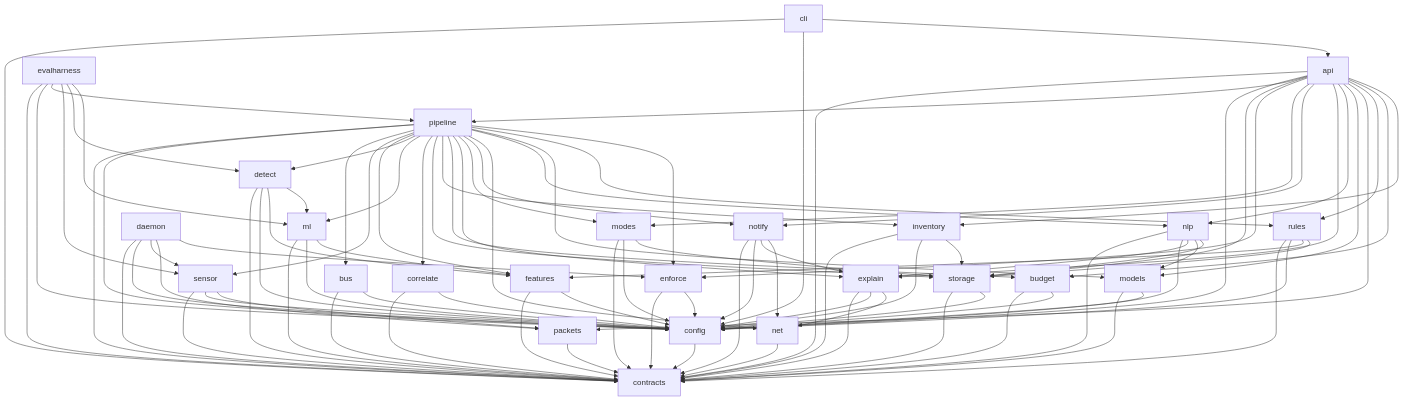
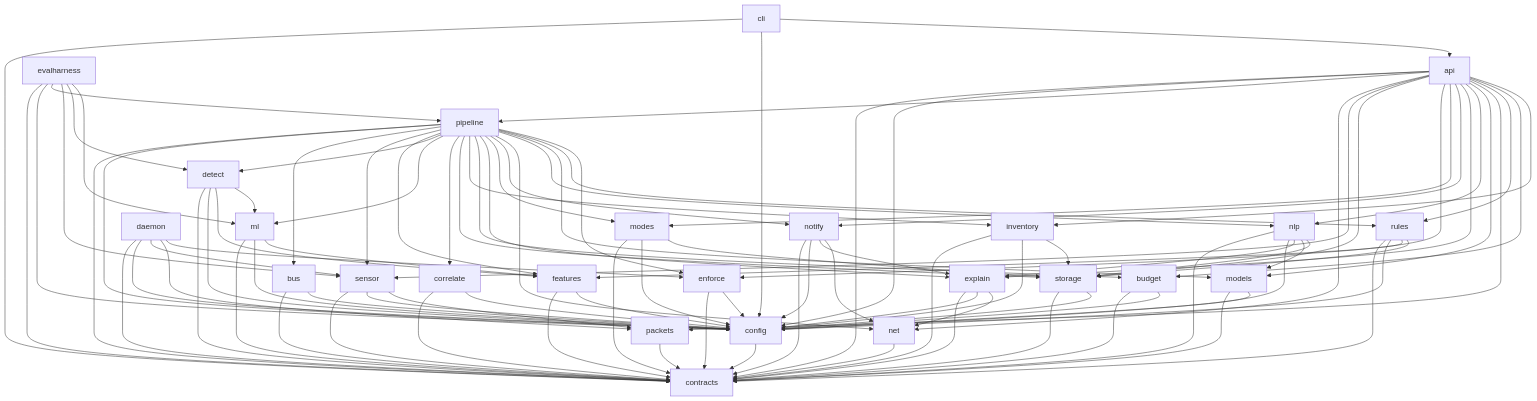
The diagram in docs/diagrams/05-module-dependencies.mmd (MRX-72/Hackt0b3r), drawn with Mermaid before and after one commit. The commit also changed 29 other files, not shown here.

```diff
--- a/docs/diagrams/05-module-dependencies.mmd
+++ b/docs/diagrams/05-module-dependencies.mmd
@@ -1,99 +1,101 @@
 %% 05 Module dependencies. An edge A --> B means A MAY import B. tests/test_architecture.py parses this file.
 %% Anything not listed is forbidden. Stage 0 module set; later modules are added here in the same commit as their code.
 flowchart TB
   config --> contracts
   storage --> contracts
   storage --> config
   bus --> contracts
   bus --> config
   packets --> contracts
   sensor --> contracts
   sensor --> config
   sensor --> packets
   features --> contracts
   features --> config
   inventory --> contracts
   inventory --> config
   inventory --> storage
   ml --> contracts
   ml --> config
   ml --> features
   detect --> contracts
   detect --> config
   detect --> features
   detect --> ml
   correlate --> contracts
   correlate --> config
   net --> contracts
   explain --> contracts
   explain --> config
   explain --> net
   models --> contracts
   models --> config
   nlp --> contracts
   nlp --> config
   nlp --> explain
   nlp --> models
   nlp --> storage
   budget --> contracts
   budget --> config
   enforce --> contracts
   enforce --> config
   rules --> contracts
   rules --> config
   rules --> features
   rules --> storage
   modes --> contracts
   modes --> config
   modes --> storage
   notify --> contracts
   notify --> config
   notify --> explain
   notify --> net
   daemon --> contracts
   daemon --> config
   daemon --> sensor
   daemon --> packets
   daemon --> enforce
   pipeline --> contracts
   pipeline --> config
   pipeline --> bus
   pipeline --> sensor
   pipeline --> features
   pipeline --> detect
   pipeline --> ml
   pipeline --> correlate
   pipeline --> storage
   pipeline --> inventory
   pipeline --> budget
   pipeline --> explain
   pipeline --> modes
   pipeline --> notify
   pipeline --> net
   pipeline --> nlp
   pipeline --> models
   pipeline --> rules
   pipeline --> enforce
   api --> contracts
   api --> config
   api --> pipeline
+  api --> net
+  api --> sensor
   api --> storage
   api --> enforce
   api --> modes
   api --> notify
   api --> explain
   api --> nlp
   api --> models
   api --> packets
   api --> rules
   api --> budget
   api --> inventory
   cli --> contracts
   cli --> config
   cli --> api
   evalharness --> contracts
   evalharness --> config
   evalharness --> pipeline
   evalharness --> sensor
   evalharness --> detect
   evalharness --> ml
```
